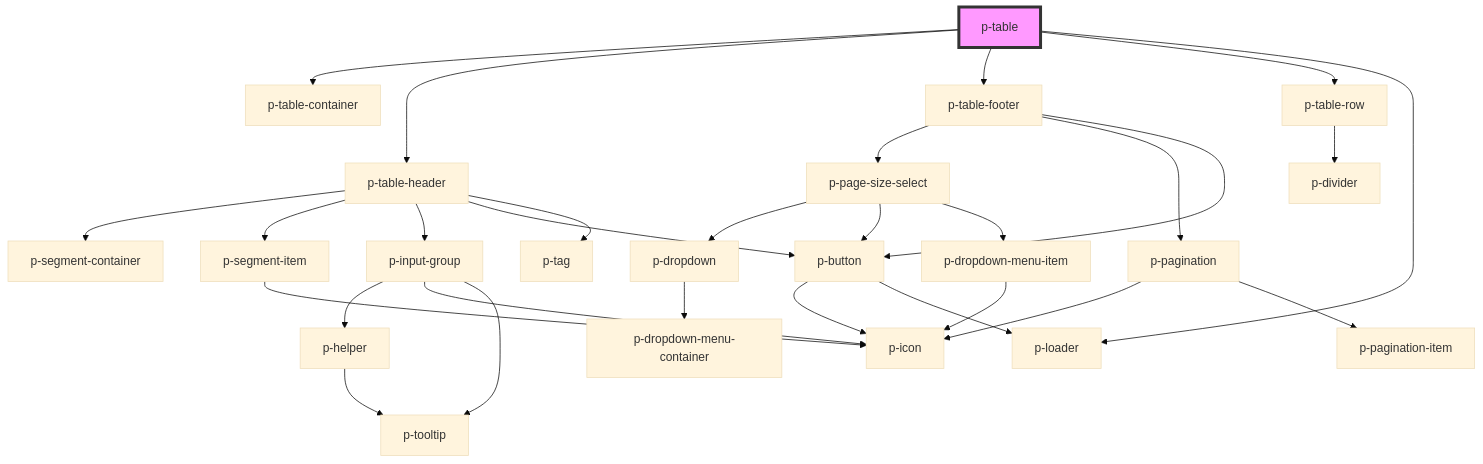
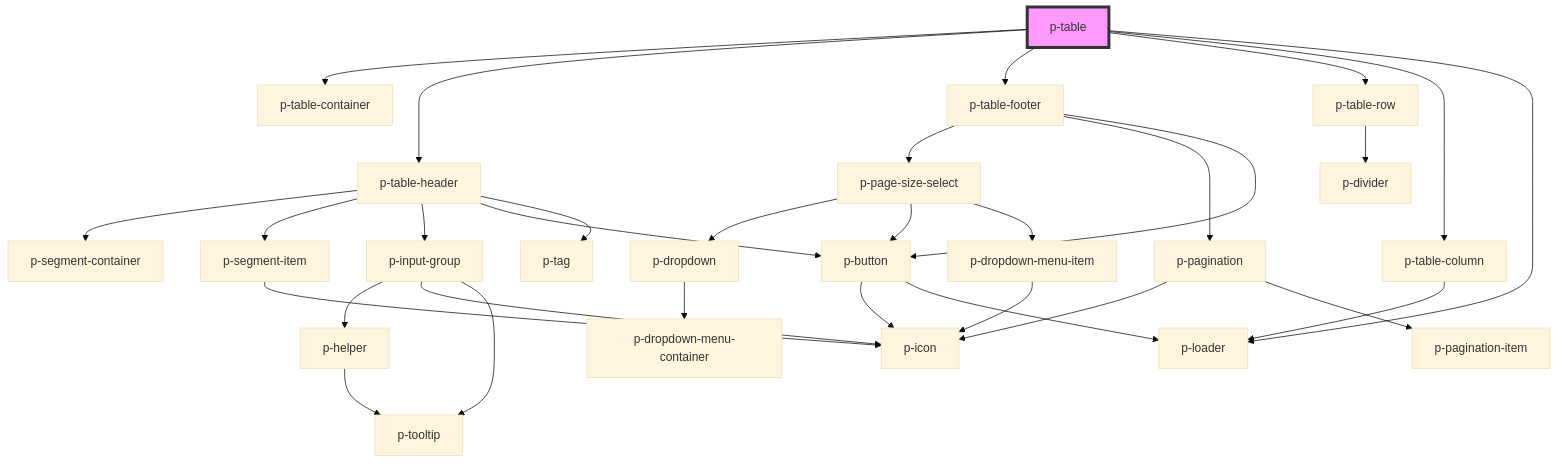
Before and after one commit to Employes/paperless: the diagram in packages/core/src/components/organisms/table/readme.md, drawn with Mermaid (base theme). The commit also changed other lines of this file and 13 other files, not shown here.

Commit message:
feat(Molecules): Add table column component

````diff
--- a/packages/core/src/components/organisms/table/readme.md
+++ b/packages/core/src/components/organisms/table/readme.md
@@ -73,32 +74,34 @@
 ```mermaid
 graph TD;
   p-table --> p-table-container
   p-table --> p-table-header
   p-table --> p-table-footer
   p-table --> p-table-row
+  p-table --> p-table-column
   p-table --> p-loader
   p-table-header --> p-segment-container
   p-table-header --> p-segment-item
   p-table-header --> p-input-group
   p-table-header --> p-button
   p-table-header --> p-tag
   p-segment-item --> p-icon
   p-input-group --> p-helper
   p-input-group --> p-icon
   p-input-group --> p-tooltip
   p-helper --> p-tooltip
   p-button --> p-icon
   p-button --> p-loader
   p-table-footer --> p-page-size-select
   p-table-footer --> p-pagination
   p-table-footer --> p-button
   p-page-size-select --> p-dropdown
   p-page-size-select --> p-button
   p-page-size-select --> p-dropdown-menu-item
   p-dropdown --> p-dropdown-menu-container
   p-dropdown-menu-item --> p-icon
   p-pagination --> p-icon
   p-pagination --> p-pagination-item
   p-table-row --> p-divider
+  p-table-column --> p-loader
   style p-table fill:#f9f,stroke:#333,stroke-width:4px
 ```
````
